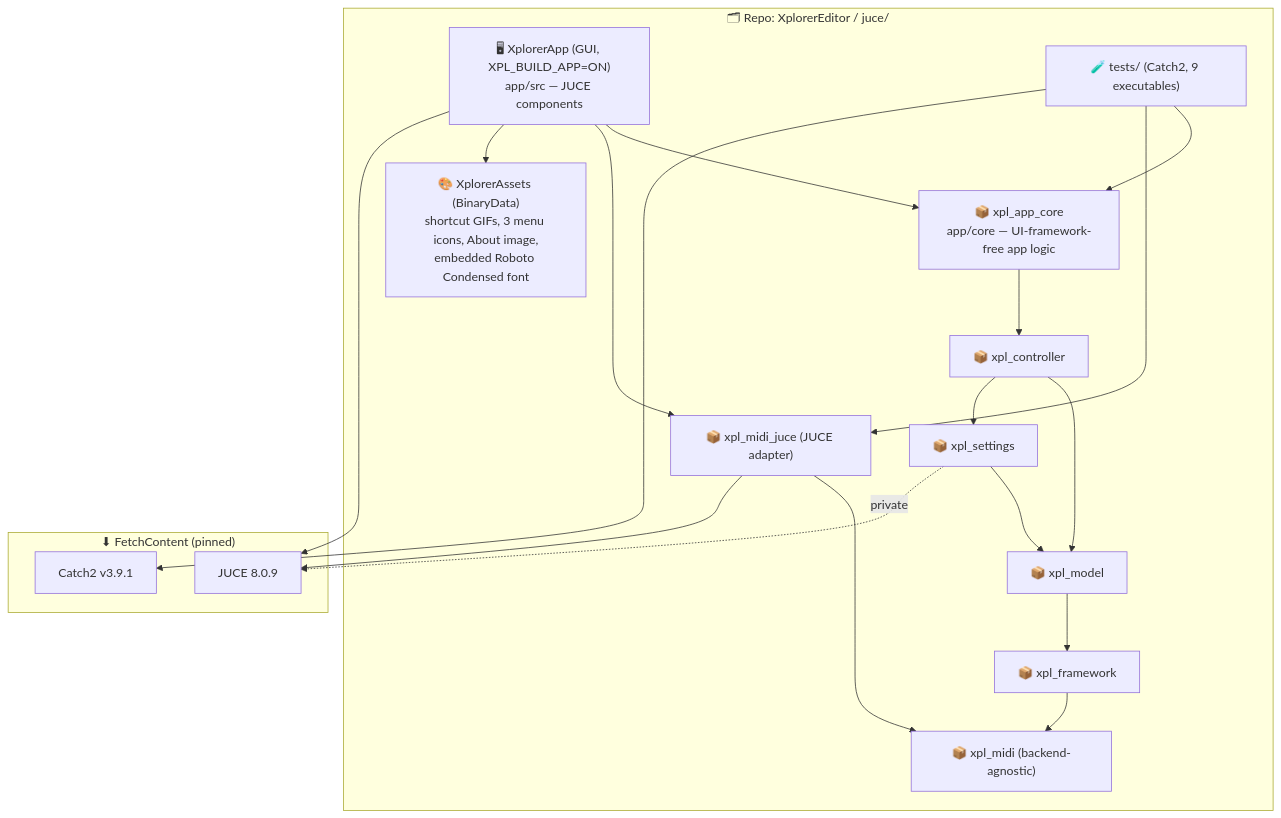
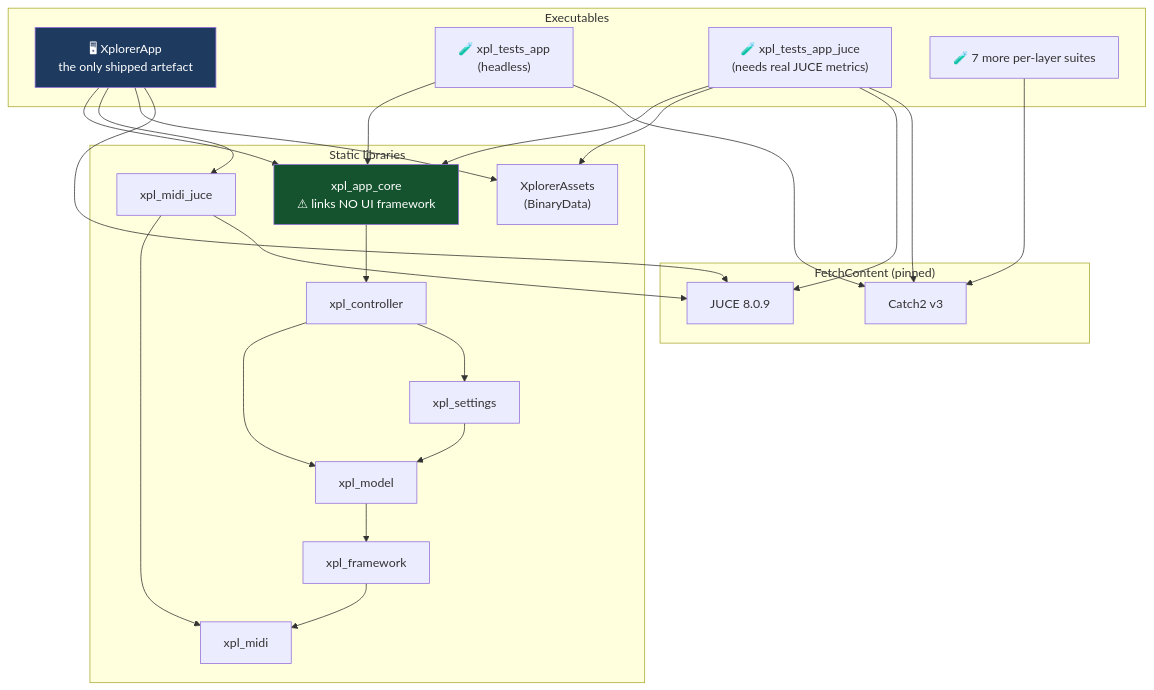
The fifth of 18 diagrams in docs/architecture-analysis.md (xplorer2716/XplorerEditor), drawn with Mermaid before and after one commit. The commit also changed other lines of this file, not shown here.

First line of the commit message:
Rewrite the architecture document as a standalone reference for the JUCE implementation

````diff
--- a/docs/architecture-analysis.md
+++ b/docs/architecture-analysis.md
@@ -88,37 +263,39 @@
 ```mermaid
 graph TD
-    subgraph repo ["🗂 Repo: XplorerEditor / juce/"]
-        App["🖥 XplorerApp (GUI, XPL_BUILD_APP=ON)\napp/src — JUCE components"]
-        AppCore["📦 xpl_app_core\napp/core — UI-framework-free app logic"]
-        Controller["📦 xpl_controller"]
-        Settings["📦 xpl_settings"]
-        Model["📦 xpl_model"]
-        Framework["📦 xpl_framework"]
-        MidiJuce["📦 xpl_midi_juce (JUCE adapter)"]
-        Midi["📦 xpl_midi (backend-agnostic)"]
-        Assets["🎨 XplorerAssets (BinaryData)\nshortcut GIFs, 3 menu icons, About image,\nembedded Roboto Condensed font"]
-        Tests["🧪 tests/ (Catch2, 9 executables)"]
+    subgraph exe ["Executables"]
+        App["🖥 XplorerApp<br/>the only shipped artefact"]
+        T1["🧪 xpl_tests_app<br/>(headless)"]
+        T2["🧪 xpl_tests_app_juce<br/>(needs real JUCE metrics)"]
+        Tn["🧪 7 more per-layer suites"]
     end
 
-    subgraph external ["⬇ FetchContent (pinned)"]
-        JUCE["JUCE 8.0.9"]
-        Catch2["Catch2 v3.9.1"]
+    subgraph libs ["Static libraries"]
+        AppCore["xpl_app_core<br/>⚠ links NO UI framework"]
+        Controller["xpl_controller"]
+        Settings["xpl_settings"]
+        Model["xpl_model"]
+        Framework["xpl_framework"]
+        MidiJuce["xpl_midi_juce"]
+        Midi["xpl_midi"]
+        Assets["XplorerAssets<br/>(BinaryData)"]
     end
 
-    App --> AppCore
-    App --> MidiJuce
-    App --> Assets
-    App --> JUCE
+    subgraph ext ["FetchContent (pinned)"]
+        JUCE["JUCE 8.0.9"]
+        Catch2["Catch2 v3"]
+    end
+
+    App --> AppCore & MidiJuce & Assets & JUCE
     AppCore --> Controller
-    Controller --> Model
-    Controller --> Settings
+    Controller --> Model & Settings
     Settings --> Model
     Model --> Framework
     Framework --> Midi
-    MidiJuce --> Midi
-    MidiJuce --> JUCE
-    Settings -.private.-> JUCE
-    Tests --> AppCore
-    Tests --> MidiJuce
-    Tests --> Catch2
+    MidiJuce --> Midi & JUCE
+    T1 --> AppCore & Catch2
+    T2 --> AppCore & Assets & JUCE & Catch2
+    Tn --> Catch2
+
+    style AppCore fill:#14532d,color:#fff
+    style App fill:#1e3a5f,color:#fff
 ```
````
